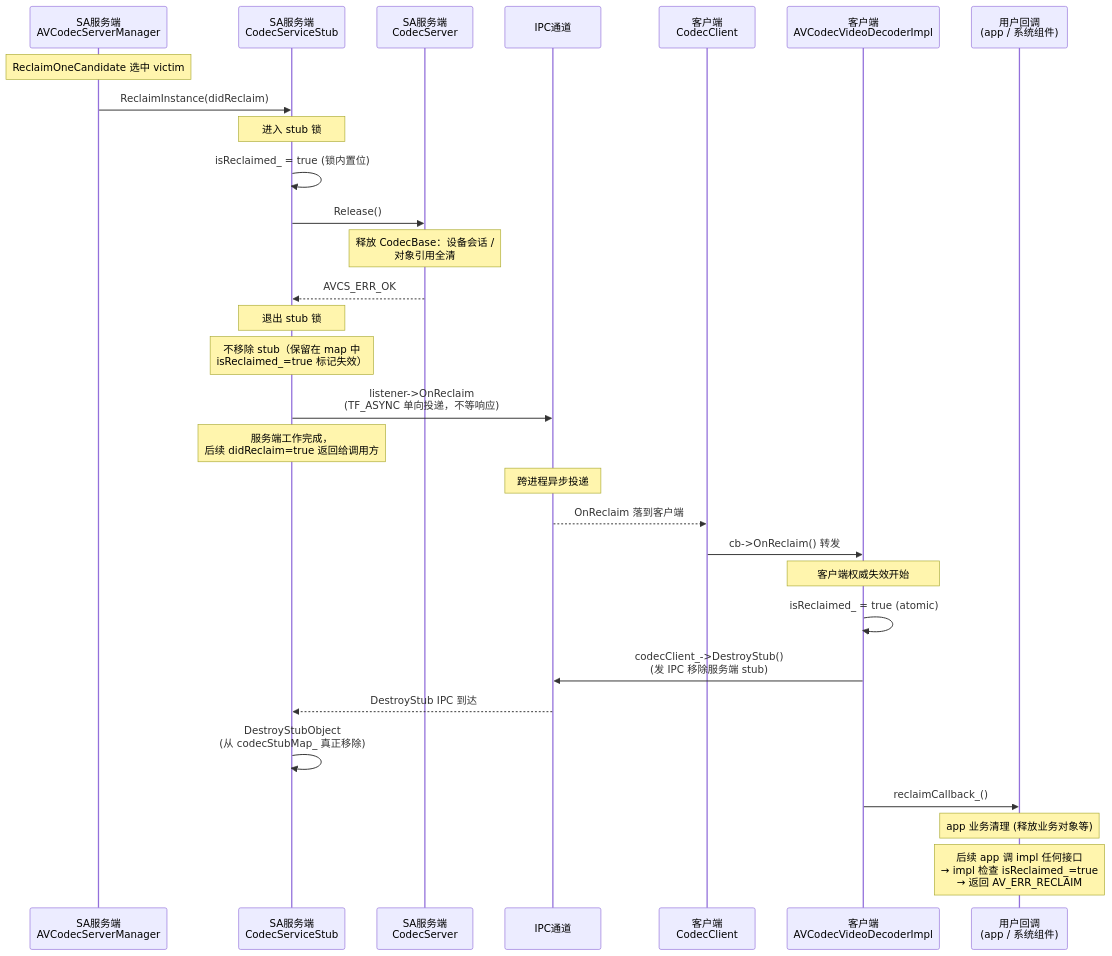
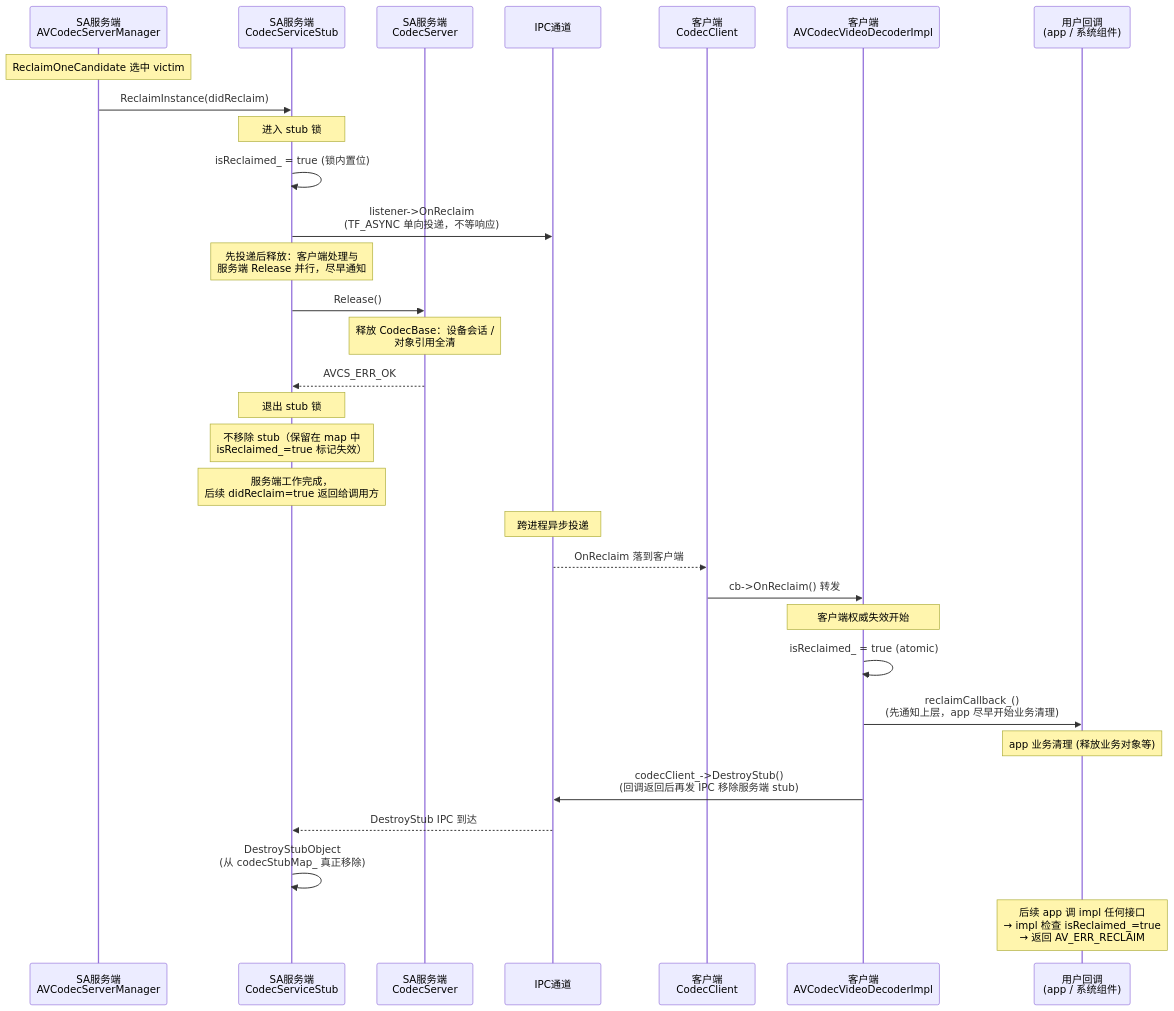
Before and after one commit to openharmony-qemu/multimedia_av_codec: the third of 5 diagrams in docs/实例回收实现方案.md, drawn with Mermaid. The commit also changed other lines of this file and 4 other files, not shown here.

````diff
--- a/docs/实例回收实现方案.md
+++ b/docs/实例回收实现方案.md
@@ -102,36 +97,37 @@
 ```mermaid
 sequenceDiagram
     participant S      as SA服务端<br/>AVCodecServerManager
     participant Stub   as SA服务端<br/>CodecServiceStub
     participant CS     as SA服务端<br/>CodecServer
     participant IPC    as IPC通道
     participant CC     as 客户端<br/>CodecClient
     participant Impl   as 客户端<br/>AVCodecVideoDecoderImpl
     participant User   as 用户回调<br/>(app / 系统组件)
 
     Note over S: ReclaimOneCandidate 选中 victim
     S->>Stub: ReclaimInstance(didReclaim)
     Note over Stub: 进入 stub 锁
     Stub->>Stub: isReclaimed_ = true (锁内置位)
+    Stub->>IPC: listener->OnReclaim<br/>(TF_ASYNC 单向投递，不等响应)
+    Note over Stub: 先投递后释放：客户端处理与<br/>服务端 Release 并行，尽早通知
     Stub->>CS: Release()
     Note over CS: 释放 CodecBase：设备会话 /<br/>对象引用全清
     CS-->>Stub: AVCS_ERR_OK
     Note over Stub: 退出 stub 锁
     Note over Stub: 不移除 stub（保留在 map 中<br/>isReclaimed_=true 标记失效）
-    Stub->>IPC: listener->OnReclaim<br/>(TF_ASYNC 单向投递，不等响应)
     Note over Stub: 服务端工作完成，<br/>后续 didReclaim=true 返回给调用方
 
     Note over IPC: 跨进程异步投递
     IPC-->>CC: OnReclaim 落到客户端
     CC->>Impl: cb->OnReclaim() 转发
 
     Note over Impl: 客户端权威失效开始
     Impl->>Impl: isReclaimed_ = true (atomic)
-    Impl->>IPC: codecClient_->DestroyStub()<br/>(发 IPC 移除服务端 stub)
+    Impl->>User: reclaimCallback_()<br/>(先通知上层，app 尽早开始业务清理)
+    Note over User: app 业务清理 (释放业务对象等)
+    Impl->>IPC: codecClient_->DestroyStub()<br/>(回调返回后再发 IPC 移除服务端 stub)
     IPC-->>Stub: DestroyStub IPC 到达
     Stub->>Stub: DestroyStubObject<br/>(从 codecStubMap_ 真正移除)
-    Impl->>User: reclaimCallback_()
 
-    Note over User: app 业务清理 (释放业务对象等)
     Note over User: 后续 app 调 impl 任何接口<br/>→ impl 检查 isReclaimed_=true<br/>→ 返回 AV_ERR_RECLAIM
 ```
````
